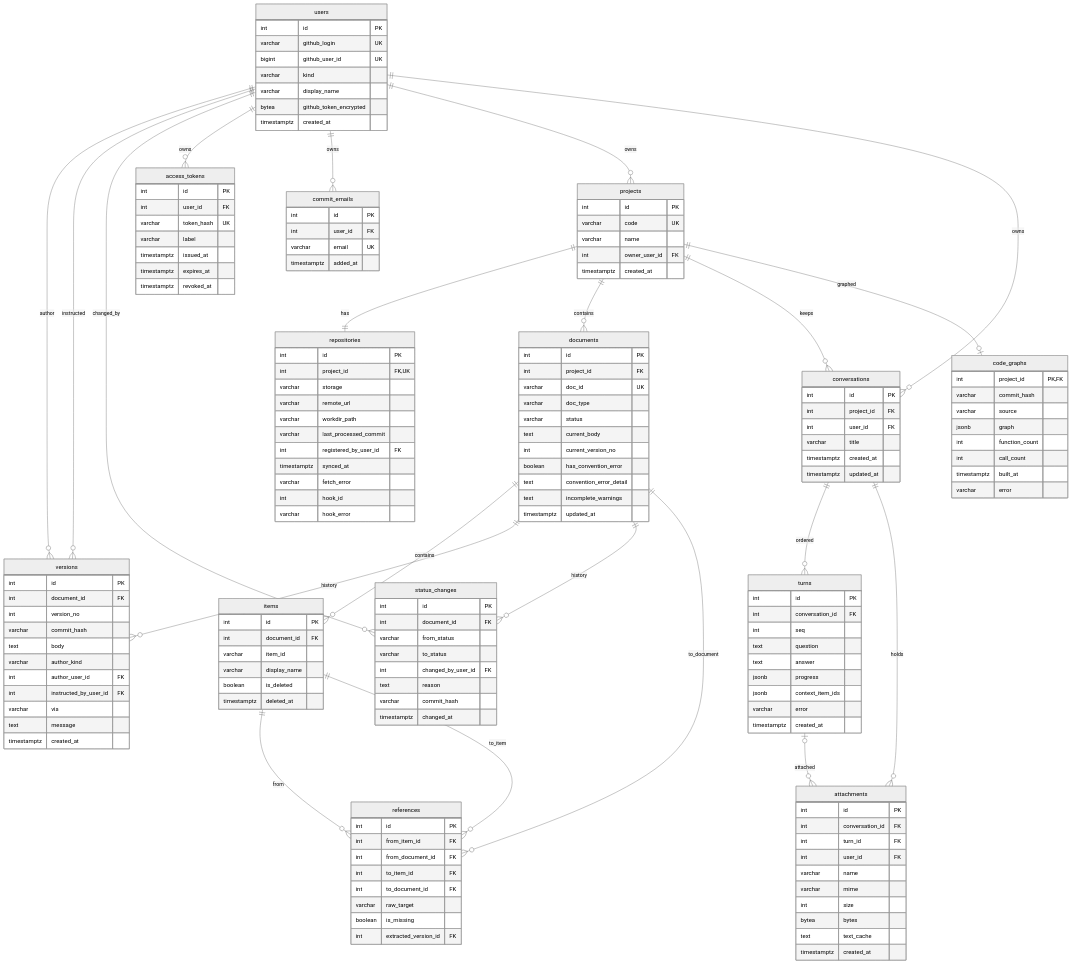
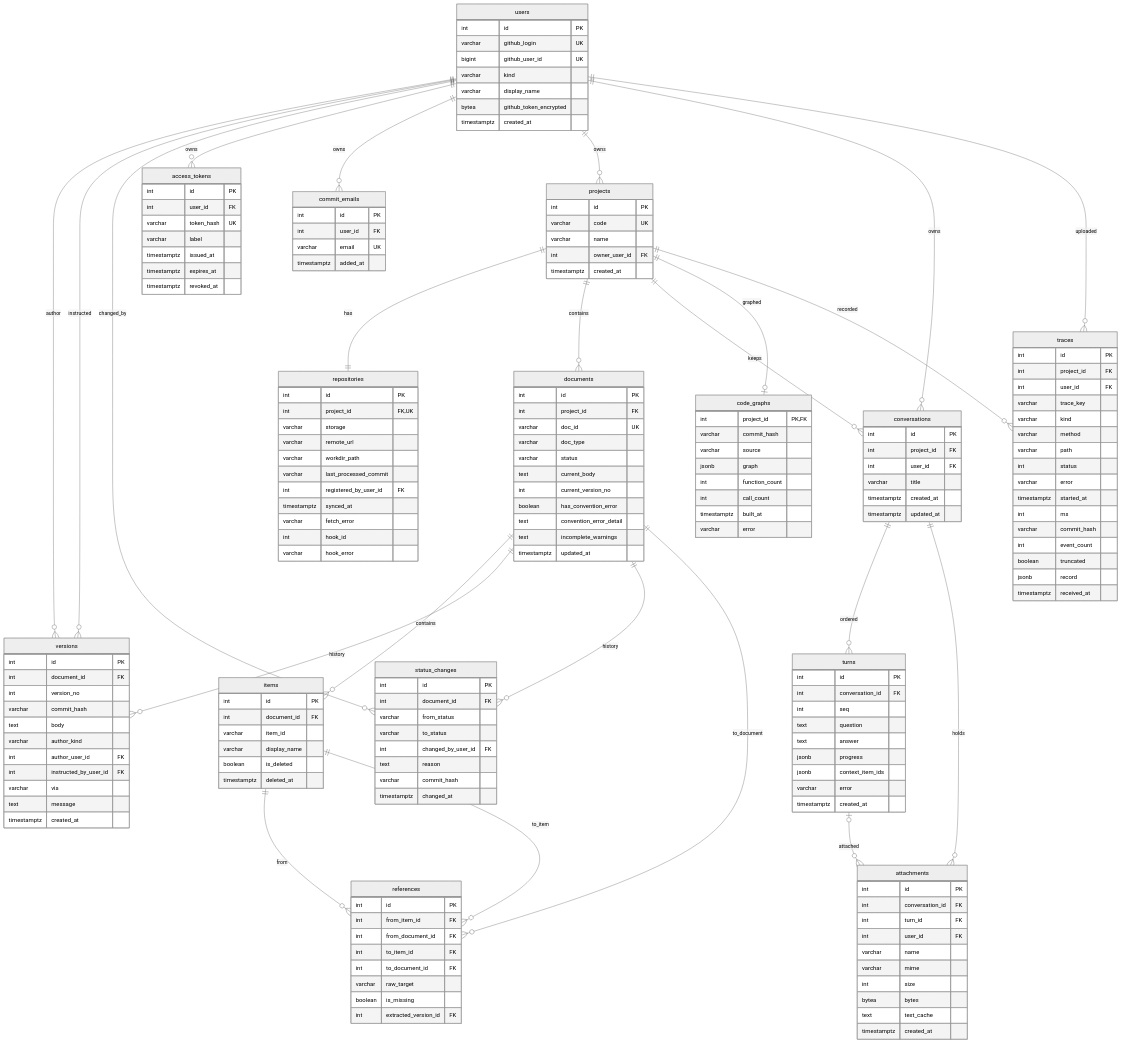
The diagram in docs/specs/06-DOM/SYNC-DOM-003.md (HoyoungParkme/syncdoc), drawn with Mermaid (neutral theme) before and after one commit. The commit also changed other lines of this file and 20 other files, not shown here.

````diff
--- a/docs/specs/06-DOM/SYNC-DOM-003.md
+++ b/docs/specs/06-DOM/SYNC-DOM-003.md
@@ -48,6 +48,8 @@
     conversations ||--o{ attachments : holds
     turns |o--o{ attachments : attached
     projects ||--o| code_graphs : graphed
+    projects ||--o{ traces : recorded
+    users ||--o{ traces : uploaded
 
     projects {
         int id PK
@@ -188,4 +190,22 @@
         timestamptz built_at
         varchar error
     }
+    traces {
+        int id PK
+        int project_id FK
+        int user_id FK
+        varchar trace_key
+        varchar kind
+        varchar method
+        varchar path
+        int status
+        varchar error
+        timestamptz started_at
+        int ms
+        varchar commit_hash
+        int event_count
+        boolean truncated
+        jsonb record
+        timestamptz received_at
+    }
 ```
````
